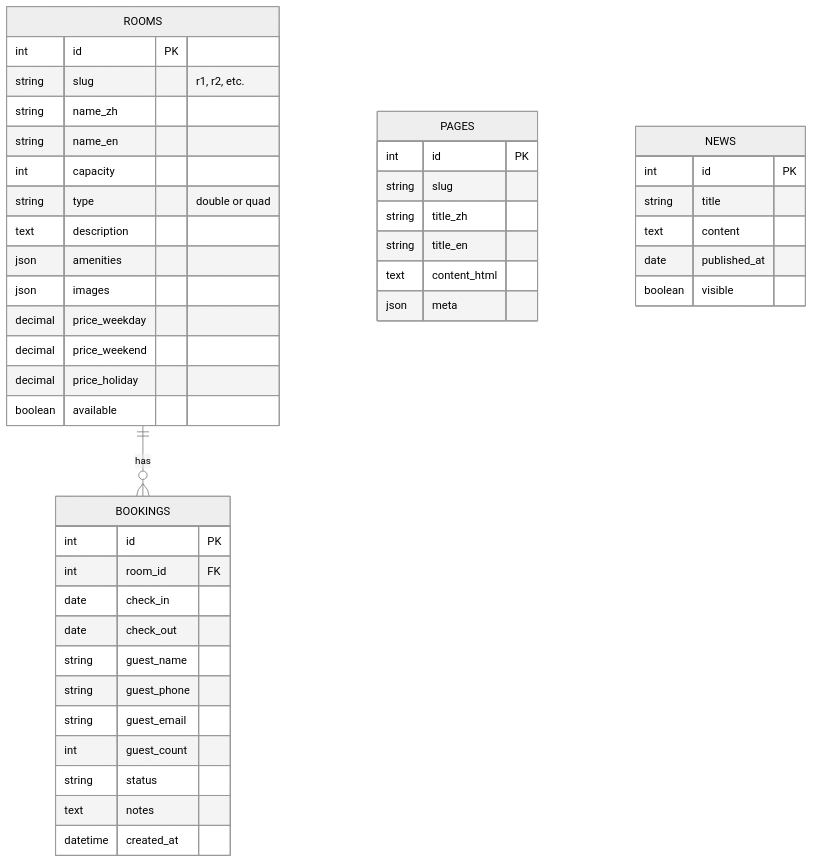
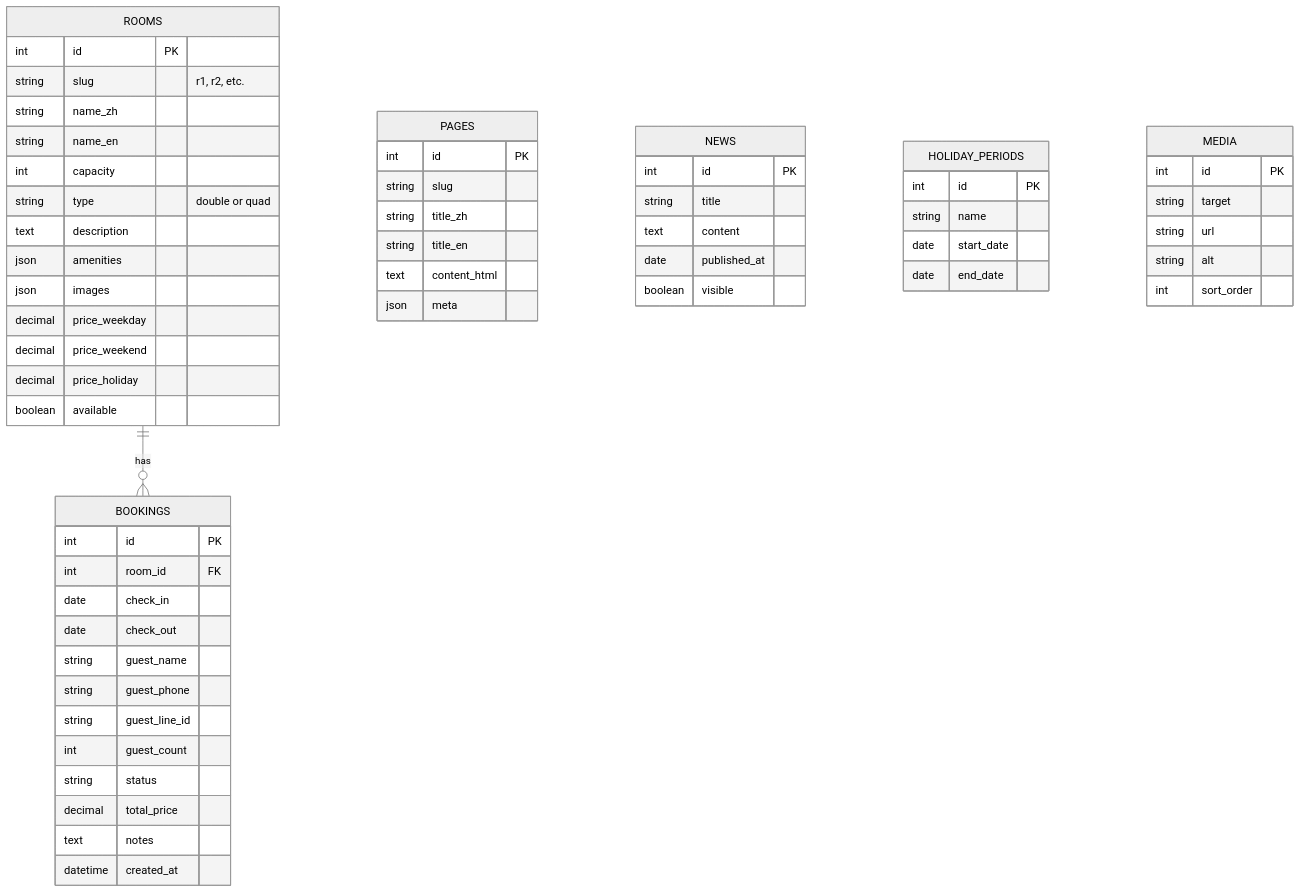
The second of 2 diagrams in docs/sitemap.md (egger-meow/eight-six-eight-eight), drawn with Mermaid (neutral theme) before and after one commit. The commit also changed other lines of this file and 5 other files, not shown here.

````diff
--- a/docs/sitemap.md
+++ b/docs/sitemap.md
@@ -267,51 +269,67 @@
 ```mermaid
 erDiagram
     ROOMS {
         int id PK
         string slug "r1, r2, etc."
         string name_zh
         string name_en
         int capacity
         string type "double or quad"
         text description
         json amenities
         json images
         decimal price_weekday
         decimal price_weekend
         decimal price_holiday
         boolean available
     }
 
     BOOKINGS {
         int id PK
         int room_id FK
         date check_in
         date check_out
         string guest_name
         string guest_phone
-        string guest_email
+        string guest_line_id
         int guest_count
         string status
+        decimal total_price
         text notes
         datetime created_at
     }
 
     PAGES {
         int id PK
         string slug
         string title_zh
         string title_en
         text content_html
         json meta
     }
 
     NEWS {
         int id PK
         string title
         text content
         date published_at
         boolean visible
     }
 
+    HOLIDAY_PERIODS {
+        int id PK
+        string name
+        date start_date
+        date end_date
+    }
+
+    MEDIA {
+        int id PK
+        string target
+        string url
+        string alt
+        int sort_order
+    }
+
     ROOMS ||--o{ BOOKINGS : "has"
 ```
````
